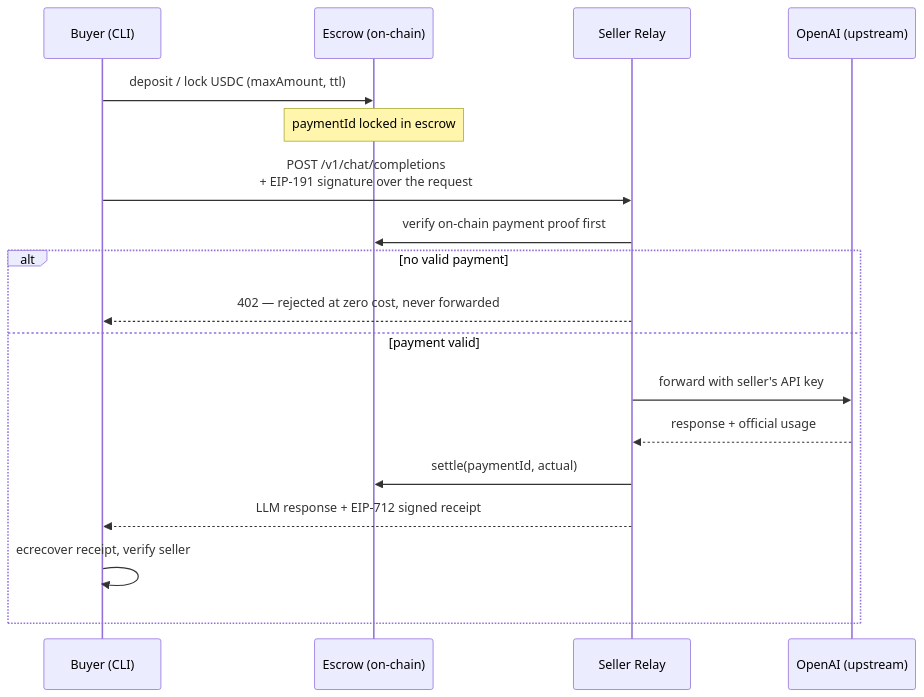
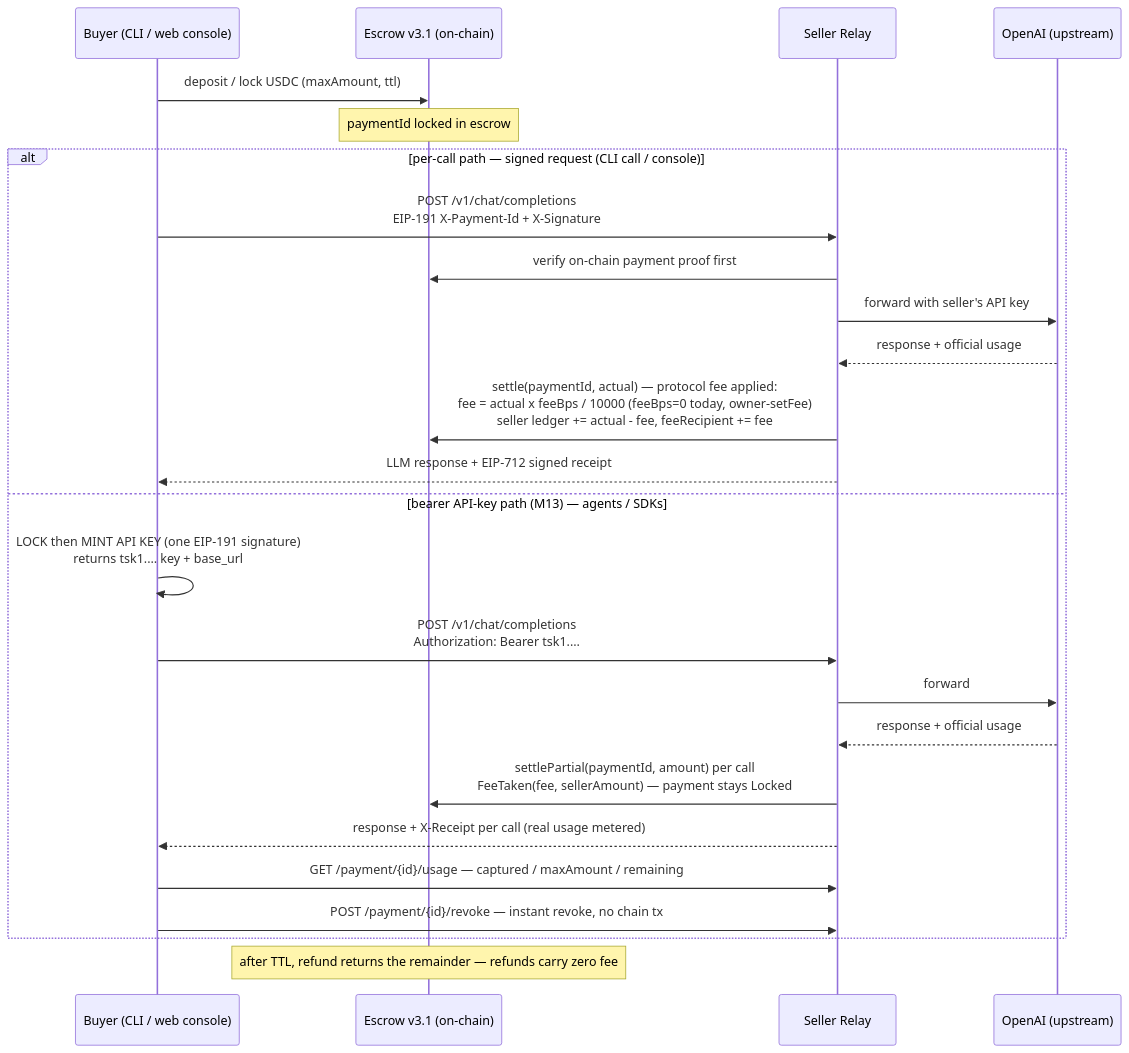
The diagram in README.md (warku123/TokenShare), drawn with Mermaid before and after one commit. The commit also changed other lines of this file, not shown here.

Commit message:
council docs lane: README truth pass — test counts, M13 API-key flow, deployed contract table, dual-path diagram, VPS relay guide, CI-green caveat

````diff
--- a/README.md
+++ b/README.md
@@ -12,21 +12,29 @@
 ```mermaid
 sequenceDiagram
-    participant B as Buyer (CLI)
-    participant C as Escrow (on-chain)
+    participant B as Buyer (CLI / web console)
+    participant C as Escrow v3.1 (on-chain)
     participant R as Seller Relay
     participant O as OpenAI (upstream)
 
     B->>C: deposit / lock USDC (maxAmount, ttl)
     Note over C: paymentId locked in escrow
-    B->>R: POST /v1/chat/completions<br/>+ EIP-191 signature over the request
-    R->>C: verify on-chain payment proof first
-    alt no valid payment
-        R-->>B: 402 — rejected at zero cost, never forwarded
-    else payment valid
+
+    alt per-call path — signed request (CLI call / console)
+        B->>R: POST /v1/chat/completions<br/>EIP-191 X-Payment-Id + X-Signature
+        R->>C: verify on-chain payment proof first
         R->>O: forward with seller's API key
         O-->>R: response + official usage
-        R->>C: settle(paymentId, actual)
+        R->>C: settle(paymentId, actual) — protocol fee applied:<br/>fee = actual x feeBps / 10000 (feeBps=0 today, owner-setFee)<br/>seller ledger += actual - fee, feeRecipient += fee
         R-->>B: LLM response + EIP-712 signed receipt
-        B->>B: ecrecover receipt, verify seller
+    else bearer API-key path (M13) — agents / SDKs
+        B->>B: LOCK then MINT API KEY (one EIP-191 signature)<br/>returns tsk1.… key + base_url
+        B->>R: POST /v1/chat/completions<br/>Authorization: Bearer tsk1.…
+        R->>O: forward
+        O-->>R: response + official usage
+        R->>C: settlePartial(paymentId, amount) per call<br/>FeeTaken(fee, sellerAmount) — payment stays Locked
+        R-->>B: response + X-Receipt per call (real usage metered)
+        B->>R: GET /payment/{id}/usage — captured / maxAmount / remaining
+        B->>R: POST /payment/{id}/revoke — instant revoke, no chain tx
     end
+    Note over C: after TTL, refund returns the remainder — refunds carry zero fee
 ```
````
